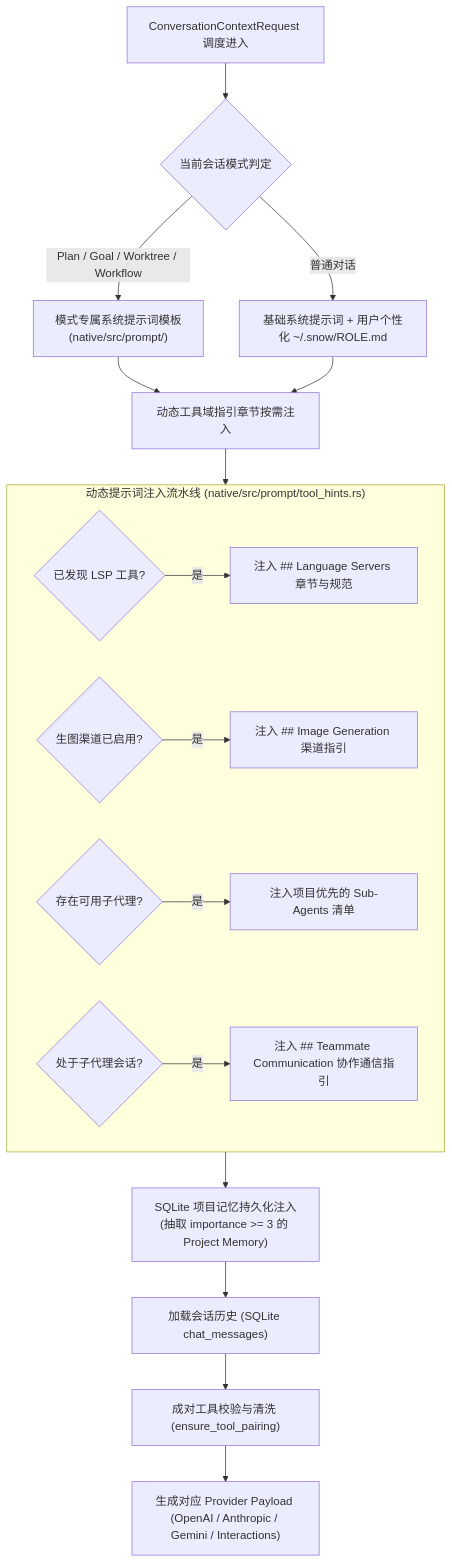
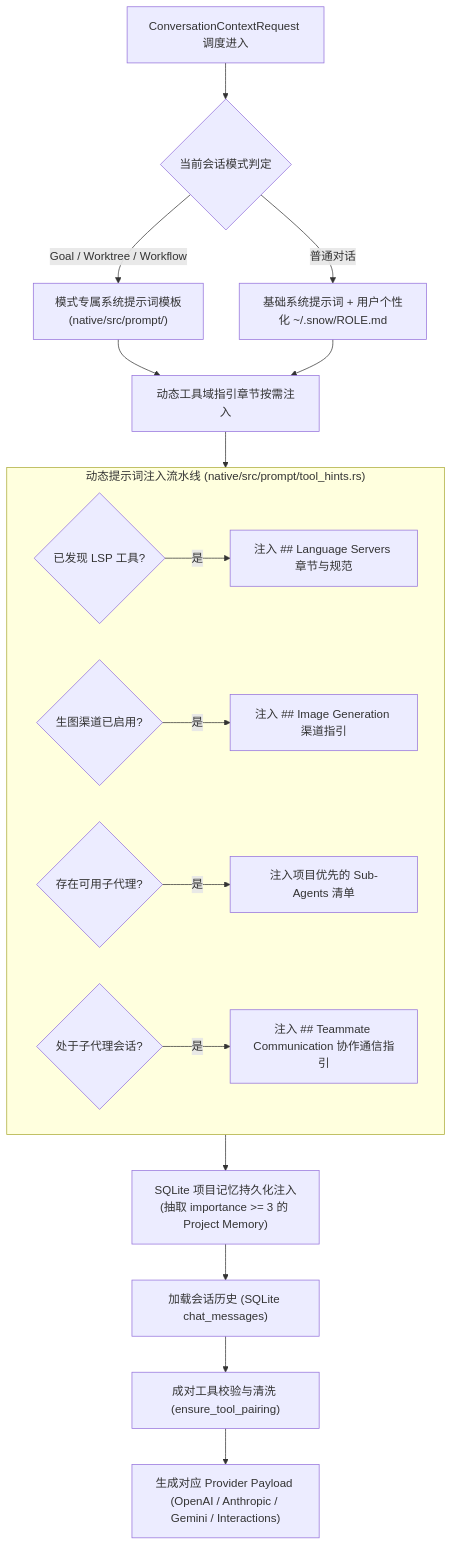
One commit to BaSui01/snow-app changed the fourth of 23 diagrams in docs/zh-CN/4-架构与开发/4-Agent运行时与工具编排.md. Above: the diagram before and after it, drawn with Mermaid. The commit also changed other lines of this file and 135 other files, not shown here.

First line of the commit message:
refactor: remove Plan Mode feature

````diff
--- a/docs/zh-CN/4-架构与开发/4-Agent运行时与工具编排.md
+++ b/docs/zh-CN/4-架构与开发/4-Agent运行时与工具编排.md
@@ -132,22 +132,22 @@
 ```mermaid
 flowchart TD
     Req["ConversationContextRequest 调度进入"] --> ModeCheck{"当前会话模式判定"}
-    ModeCheck -->|Plan / Goal / Worktree / Workflow| ModePrompt["模式专属系统提示词模板<br/>(native/src/prompt/)"]
+    ModeCheck -->|Goal / Worktree / Workflow| ModePrompt["模式专属系统提示词模板<br/>(native/src/prompt/)"]
     ModeCheck -->|普通对话| BasePrompt["基础系统提示词 + 用户个性化 ~/.snow/ROLE.md"]
 
     ModePrompt --> InjectChapters["动态工具域指引章节按需注入"]
     BasePrompt --> InjectChapters
 
     subgraph PromptInjection["动态提示词注入流水线 (native/src/prompt/tool_hints.rs)"]
         LSPCheck{"已发现 LSP 工具?"} -- 是 --> LSPPrompt["注入 ## Language Servers 章节与规范"]
         ImgCheck{"生图渠道已启用?"} -- 是 --> ImgPrompt["注入 ## Image Generation 渠道指引"]
         AgentCheck{"存在可用子代理?"} -- 是 --> AgentPrompt["注入项目优先的 Sub-Agents 清单"]
         TeamCheck{"处于子代理会话?"} -- 是 --> TeamPrompt["注入 ## Teammate Communication 协作通信指引"]
     end
 
     InjectChapters --> PromptInjection
     PromptInjection --> MemInject["SQLite 项目记忆持久化注入<br/>(抽取 importance >= 3 的 Project Memory)"]
     MemInject --> HistoryLoad["加载会话历史 (SQLite chat_messages)"]
     HistoryLoad --> ToolPair["成对工具校验与清洗 (ensure_tool_pairing)"]
     ToolPair --> PayloadGen["生成对应 Provider Payload (OpenAI / Anthropic / Gemini / Interactions)"]
 ```
````
